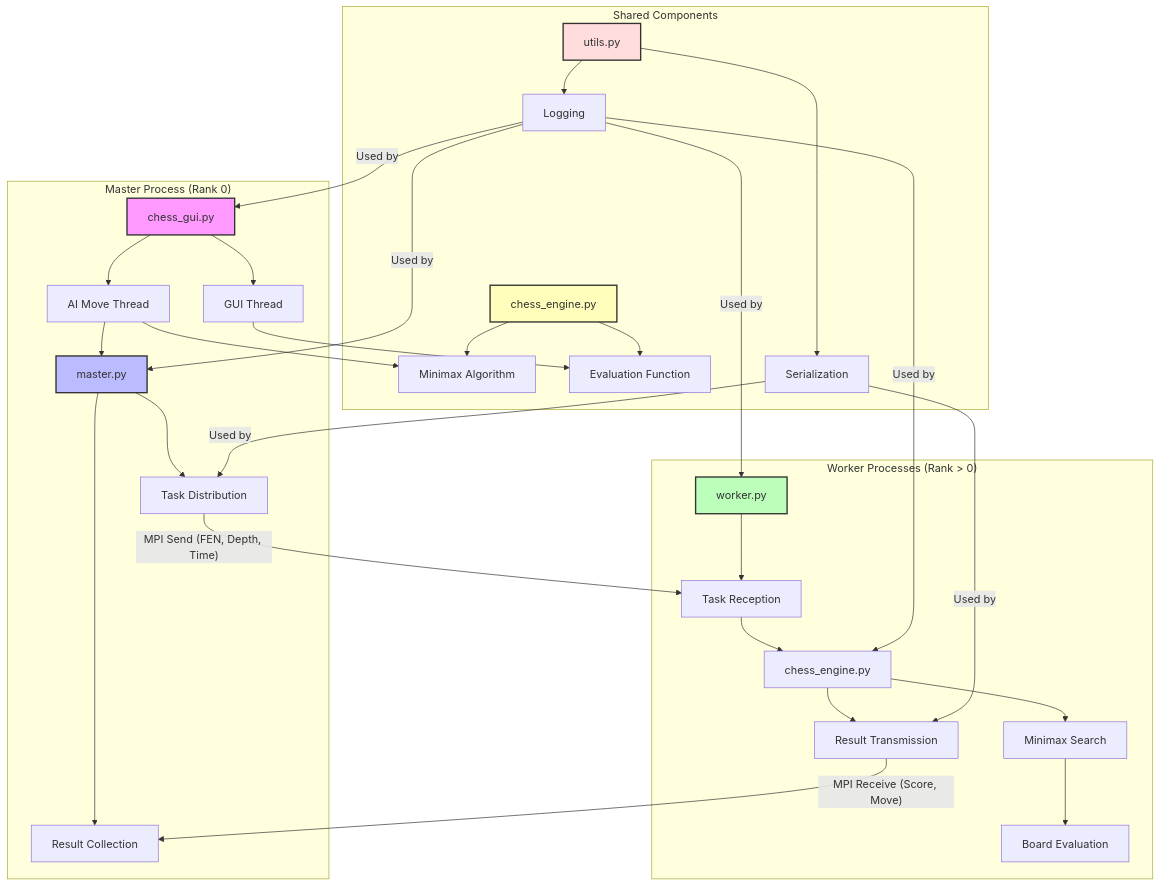
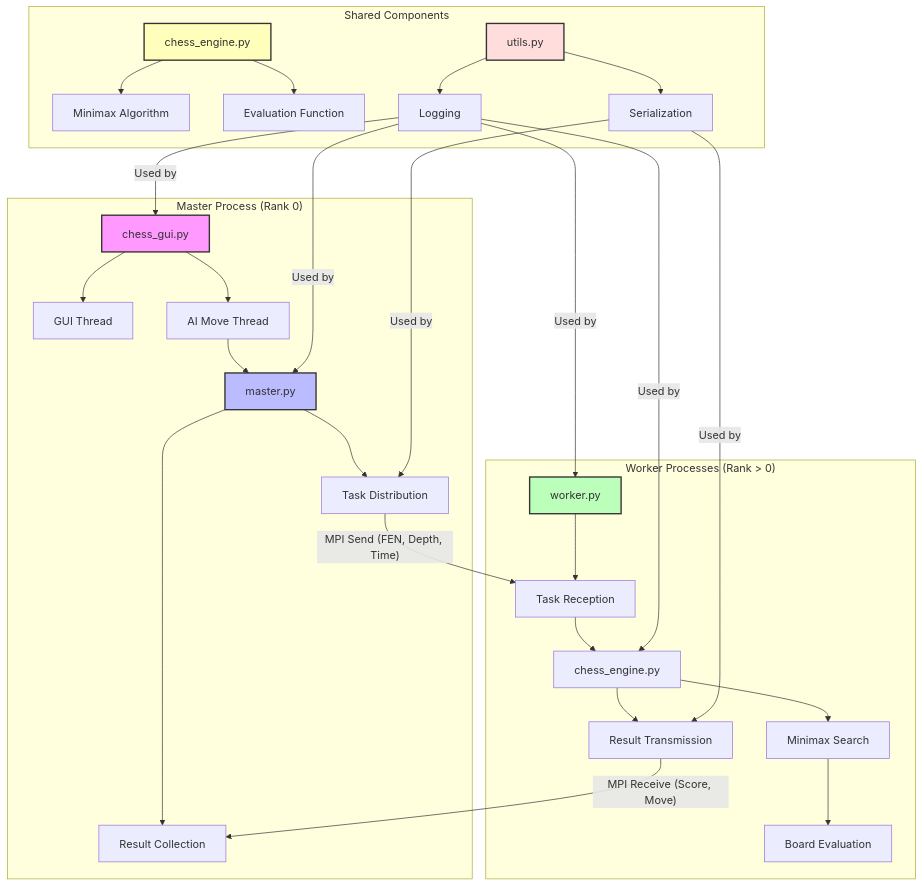
One commit to sauravdeshmukh100/Distributed_chess_Engine changed the diagram in README.md. Above: the diagram before and after it, drawn with Mermaid.

````diff
--- a/README.md
+++ b/README.md
@@ -39,42 +39,41 @@
 ```mermaid
 graph TD
     subgraph "Master Process (Rank 0)"
         A[chess_gui.py] --> B[GUI Thread]
         A --> C[AI Move Thread]
         C --> D[master.py]
         D --> E[Task Distribution]
         D --> F[Result Collection]
     end
     
     subgraph "Worker Processes (Rank > 0)"
         G[worker.py] --> H[Task Reception]
         H --> I[chess_engine.py]
         I --> J[Minimax Search]
         J --> K[Board Evaluation]
         I --> L[Result Transmission]
     end
     
     subgraph "Shared Components"
         M[chess_engine.py] --> N[Minimax Algorithm]
         M --> O[Evaluation Function]
         P[utils.py] --> Q[Serialization]
         P --> R[Logging]
     end
     
     E -- "MPI Send (FEN, Depth, Time)" --> H
     L -- "MPI Receive (Score, Move)" --> F
     Q -- "Used by" --> E
     Q -- "Used by" --> L
     R -- "Used by" --> A
     R -- "Used by" --> D
     R -- "Used by" --> G
     R -- "Used by" --> I
-    B --> O
-    C --> N
     
     style A fill:#f9f,stroke:#333,stroke-width:2px
     style D fill:#bbf,stroke:#333,stroke-width:2px
     style G fill:#bfb,stroke:#333,stroke-width:2px
     style M fill:#ffb,stroke:#333,stroke-width:2px
     style P fill:#fdd,stroke:#333,stroke-width:2px
+
 ```
````
